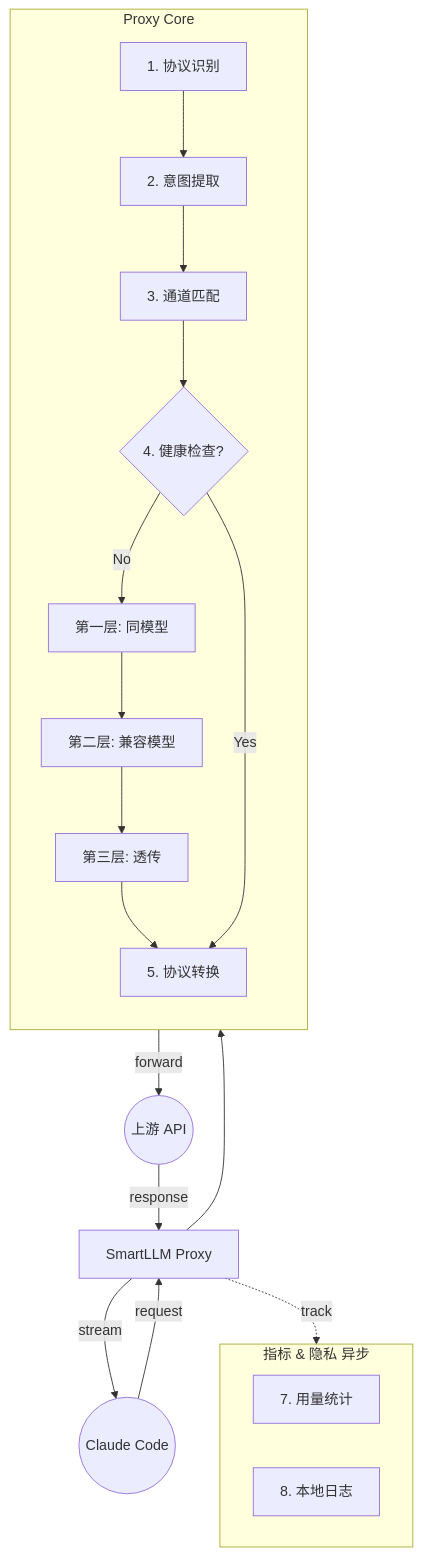
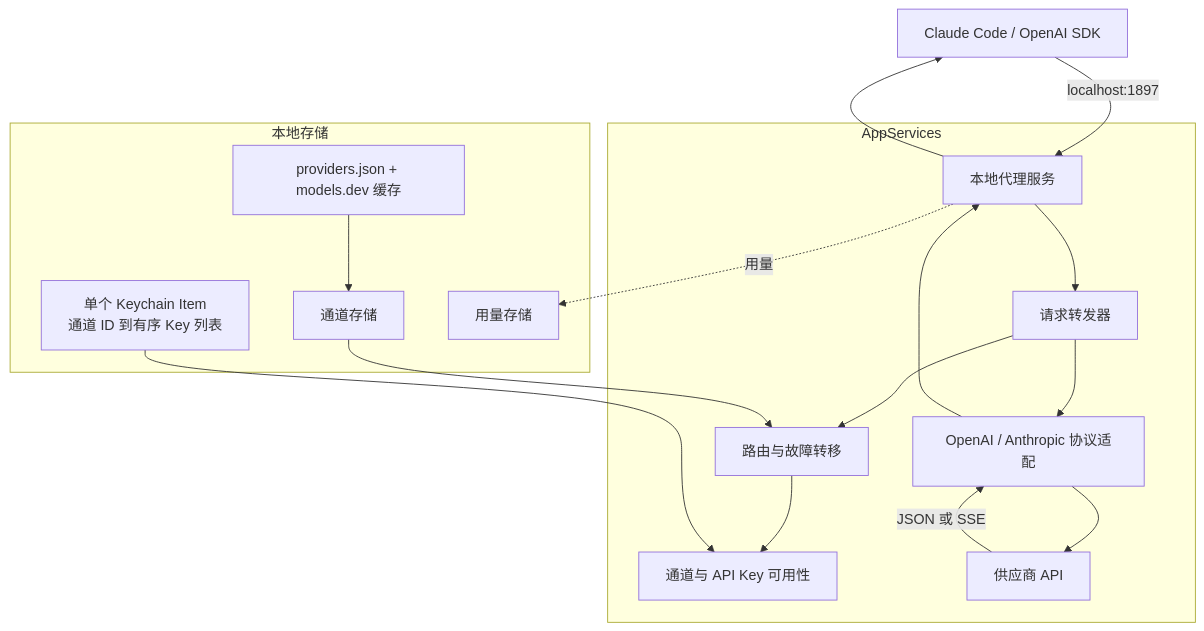
The seventh of 8 diagrams in README_ZH.md (rickytan/SmartLLMRouter), drawn with Mermaid before and after one commit. The commit also changed other lines of this file and 1 other file, not shown here.

````diff
--- a/README_ZH.md
+++ b/README_ZH.md
@@ -279,32 +279,27 @@
 ```mermaid
 flowchart TD
-    Client((Claude Code)) -- request --> ProxyNode[SmartLLM Proxy]
-    
-    subgraph ProxyCore [Proxy Core]
-        direction TB
-        Detect[1. 协议识别]
-        Extract[2. 意图提取]
-        Match[3. 通道匹配]
-        Check{4. 健康检查?}
-        L1[第一层: 同模型]
-        L2[第二层: 兼容模型]
-        L3[第三层: 透传]
-        Convert[5. 协议转换]
-        
-        Detect --> Extract --> Match --> Check
-        Check -- No --> L1 --> L2 --> L3 --> Convert
-        Check -- Yes --> Convert
+    Client[Claude Code / OpenAI SDK] -->|localhost:1897| Server[本地代理服务]
+
+    subgraph Services [AppServices]
+        Server --> Forwarder[请求转发器]
+        Forwarder --> Router[路由与故障转移]
+        Router --> Availability[通道与 API Key 可用性]
+        Forwarder --> Adapter[OpenAI / Anthropic 协议适配]
+        Adapter --> Upstream[供应商 API]
+        Upstream -->|JSON 或 SSE| Adapter
+        Adapter --> Server
     end
 
-    ProxyNode --> ProxyCore
-    Convert -- forward --> UpstreamAPI((上游 API))
-    UpstreamAPI -- response --> ProxyNode
-    
-    subgraph Metrics [指标 & 隐私 异步]
-        Usage[7. 用量统计]
-        Log[8. 本地日志]
+    subgraph Storage [本地存储]
+        Channels[通道存储]
+        Keys[单个 Keychain Item\n通道 ID 到有序 Key 列表]
+        Stats[用量存储]
+        Templates[providers.json + models.dev 缓存]
     end
-    
-    ProxyNode -. track .-> Metrics
-    ProxyNode -- stream --> Client
+
+    Channels --> Router
+    Keys --> Availability
+    Templates --> Channels
+    Server -. 用量 .-> Stats
+    Server --> Client
 ```
````
